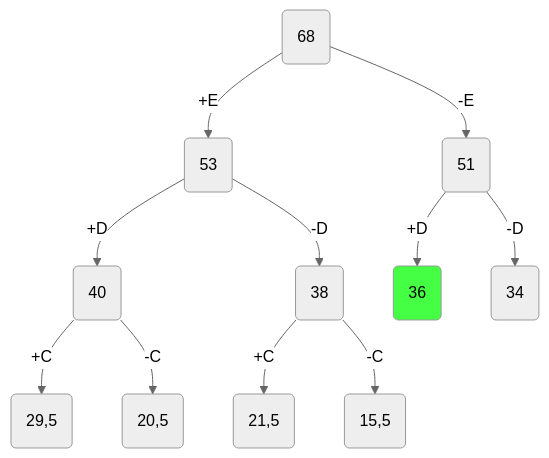
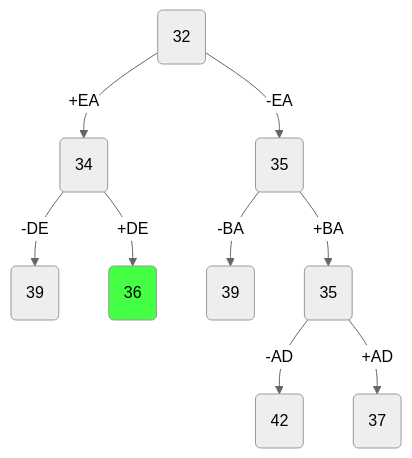
Before and after one commit to hse-algo-24-owl/manual-tasks-owl: the seventh of 9 diagrams in nevermind.md, drawn with Mermaid (neutral theme). The commit also changed other lines of this file, not shown here.

````diff
--- a/nevermind.md
+++ b/nevermind.md
@@ -166,26 +281,23 @@
-``` mermaid
+```mermaid
 flowchart TD
-A(68)
-B(53)
-C(51)
-D(40)
-E(38)
-F(36)
-G(34)
-H(29,5)
-I(20,5)
-J(21,5)
-K(15,5)
-A -- +E--> B
-A -- -E--> C
-B -- +D--> D
-B -- -D--> E
-C -- +D--> F
-C -- -D--> G
-D -- +C--> H
-D -- -C--> I
-E -- +C--> J
-E -- -C--> K
+A(32)
+B(35)
+C(34)
+D(39)
+E(36)
+F(39)
+G(35)
+H(42)
+I(37)
 
-style F fill:#4f4f
+A -- -EA --> B
+A -- +EA --> C
+C -- -DE --> D
+C -- +DE --> E
+B -- -BA --> F
+B -- +BA --> G
+G -- -AD --> H
+G -- +AD --> I
+
+style E fill:#4f4f
 ```
````
